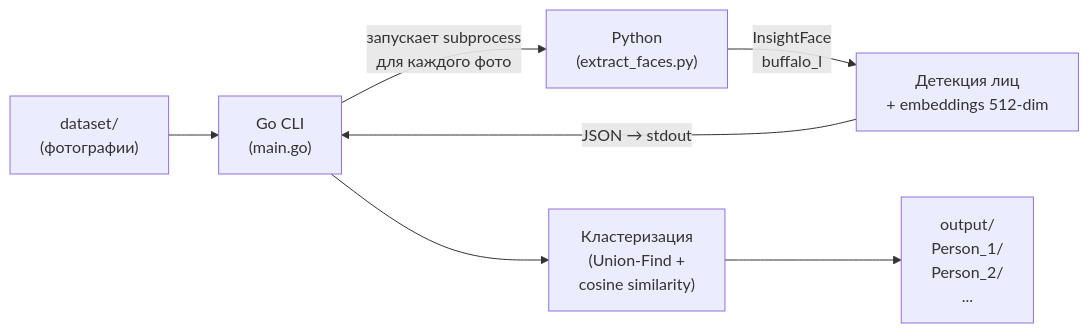
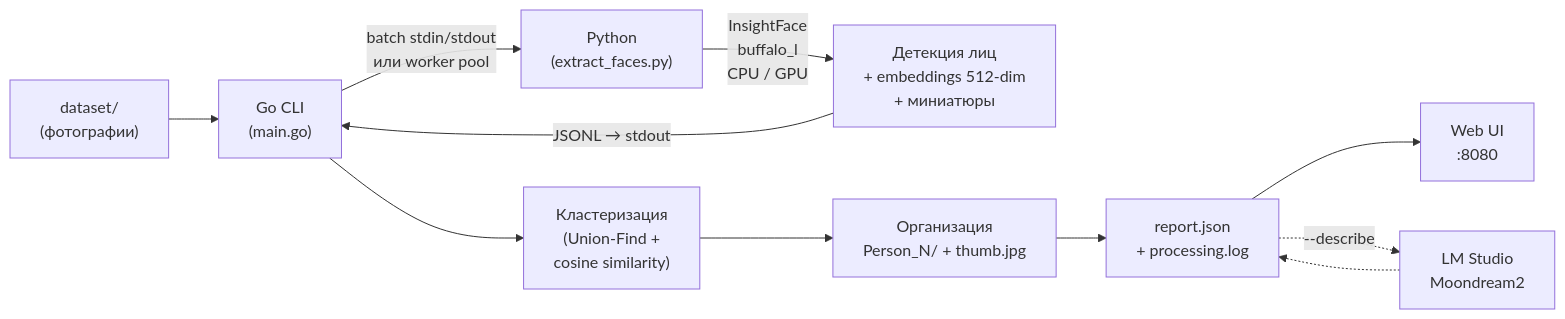
One commit to kont1n/VibeCoding changed the diagram in README.md. Above: the diagram before and after it, drawn with Mermaid. The commit also changed other lines of this file and 11 other files, not shown here.

Commit message:
feat: add GPU support, web UI, reports and Moondream2 integration

````diff
--- a/README.md
+++ b/README.md
@@ -7,9 +7,13 @@
 ```mermaid
 flowchart LR
     A["dataset/\n(фотографии)"] --> B["Go CLI\n(main.go)"]
-    B -->|"запускает subprocess\nдля каждого фото"| C["Python\n(extract_faces.py)"]
-    C -->|"InsightFace\nbuffalo_l"| D["Детекция лиц\n+ embeddings 512-dim"]
-    D -->|"JSON → stdout"| B
+    B -->|"batch stdin/stdout\nили worker pool"| C["Python\n(extract_faces.py)"]
+    C -->|"InsightFace\nbuffalo_l\nCPU / GPU"| D["Детекция лиц\n+ embeddings 512-dim\n+ миниатюры"]
+    D -->|"JSONL → stdout"| B
     B --> E["Кластеризация\n(Union-Find +\ncosine similarity)"]
-    E --> F["output/\nPerson_1/\nPerson_2/\n..."]
+    E --> F["Организация\nPerson_N/ + thumb.jpg"]
+    F --> G["report.json\n+ processing.log"]
+    G --> H["Web UI\n:8080"]
+    G -.->|"--describe"| I["LM Studio\nMoondream2"]
+    I -.-> G
 ```
````
